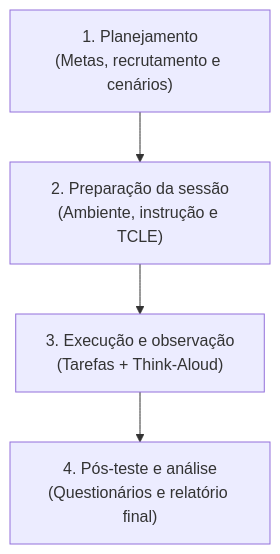
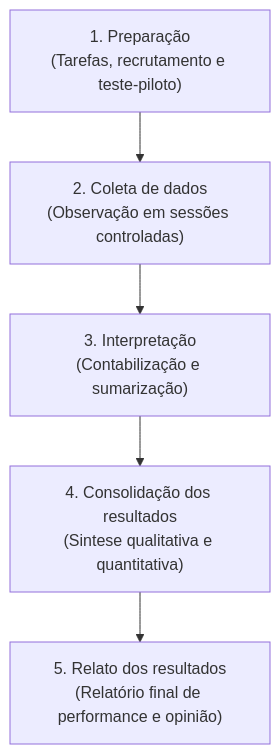
One commit to leorruas/puc changed the third of 4 diagrams in 08. Design de Interacao/23. Teste de usabilidade - método empírico formal de avaliação por observação.md. Above: the diagram before and after it, drawn with Mermaid. The commit also changed other lines of this file, not shown here.

````diff
--- a/08. Design de Interacao/23. Teste de usabilidade - método empírico formal de avaliação por observação.md
+++ b/08. Design de Interacao/23. Teste de usabilidade - método empírico formal de avaliação por observação.md
@@ -75,6 +75,7 @@
 ```mermaid
 graph TD
-    F1["1. Planejamento<br>(Metas, recrutamento e cenários)"] --> F2["2. Preparação da sessão<br>(Ambiente, instrução e TCLE)"]
-    F2 --> F3["3. Execução e observação<br>(Tarefas + Think-Aloud)"]
-    F3 --> F4["4. Pós-teste e análise<br>(Questionários e relatório final)"]
+    P1["1. Preparação<br>(Tarefas, recrutamento e teste-piloto)"] --> P2["2. Coleta de dados<br>(Observação em sessões controladas)"]
+    P2 --> P3["3. Interpretação<br>(Contabilização e sumarização)"]
+    P3 --> P4["4. Consolidação dos resultados<br>(Sintese qualitativa e quantitativa)"]
+    P4 --> P5["5. Relato dos resultados<br>(Relatório final de performance e opinião)"]
 ```
````
